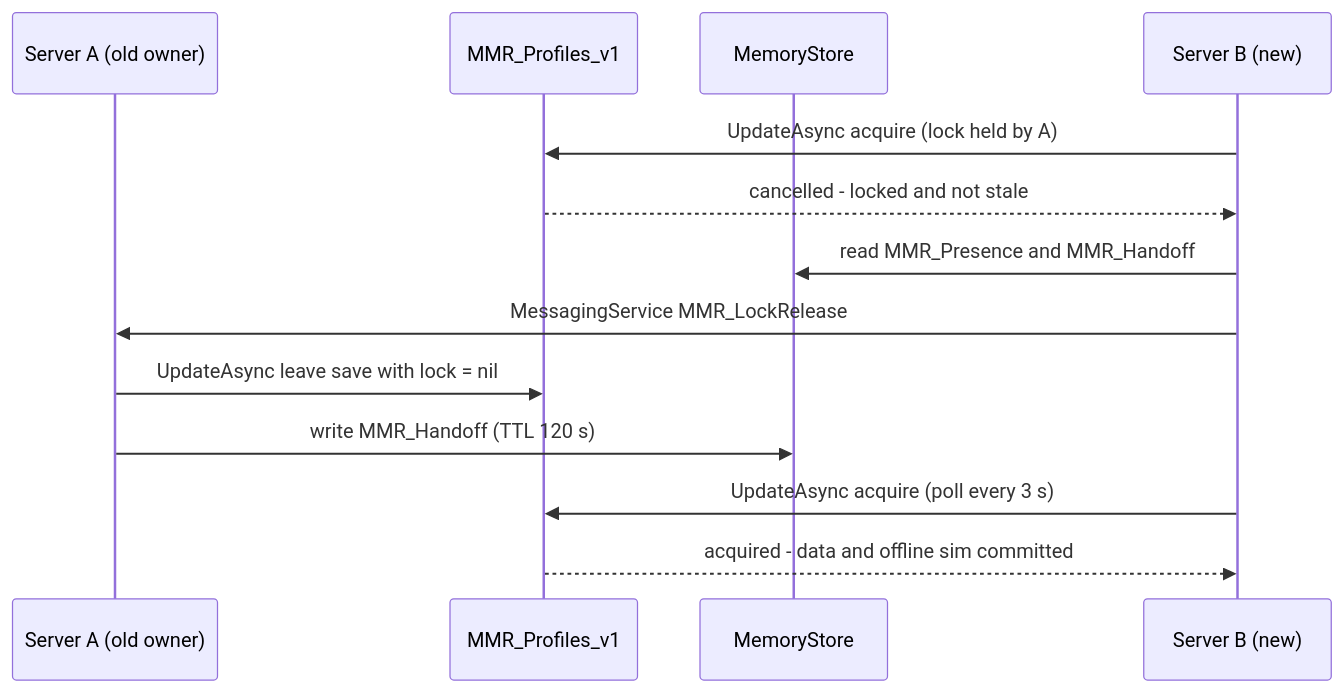
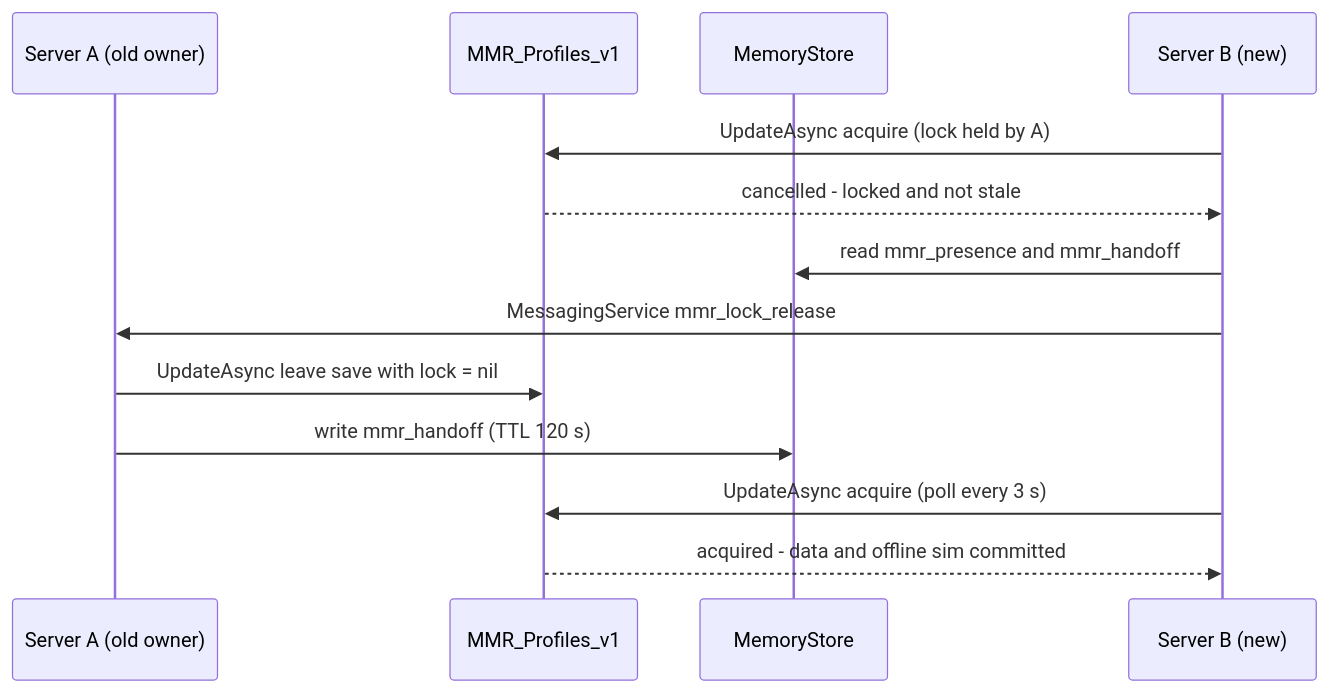
The first of 2 diagrams in gdd/sections/28_data_persistence.md (sol-singula/ra1), drawn with Mermaid before and after one commit. The commit also changed other lines of this file and 23 other files, not shown here.

````diff
--- a/gdd/sections/28_data_persistence.md
+++ b/gdd/sections/28_data_persistence.md
@@ -881,16 +910,16 @@
 ```mermaid
 %% diagram: session-lock-handoff
 sequenceDiagram
     participant A as Server A (old owner)
     participant DS as MMR_Profiles_v1
     participant MS as MemoryStore
     participant B as Server B (new)
     B->>DS: UpdateAsync acquire (lock held by A)
     DS-->>B: cancelled - locked and not stale
-    B->>MS: read MMR_Presence and MMR_Handoff
-    B->>A: MessagingService MMR_LockRelease
+    B->>MS: read mmr_presence and mmr_handoff
+    B->>A: MessagingService mmr_lock_release
     A->>DS: UpdateAsync leave save with lock = nil
-    A->>MS: write MMR_Handoff (TTL 120 s)
+    A->>MS: write mmr_handoff (TTL 120 s)
     B->>DS: UpdateAsync acquire (poll every 3 s)
     DS-->>B: acquired - data and offline sim committed
 ```
````
